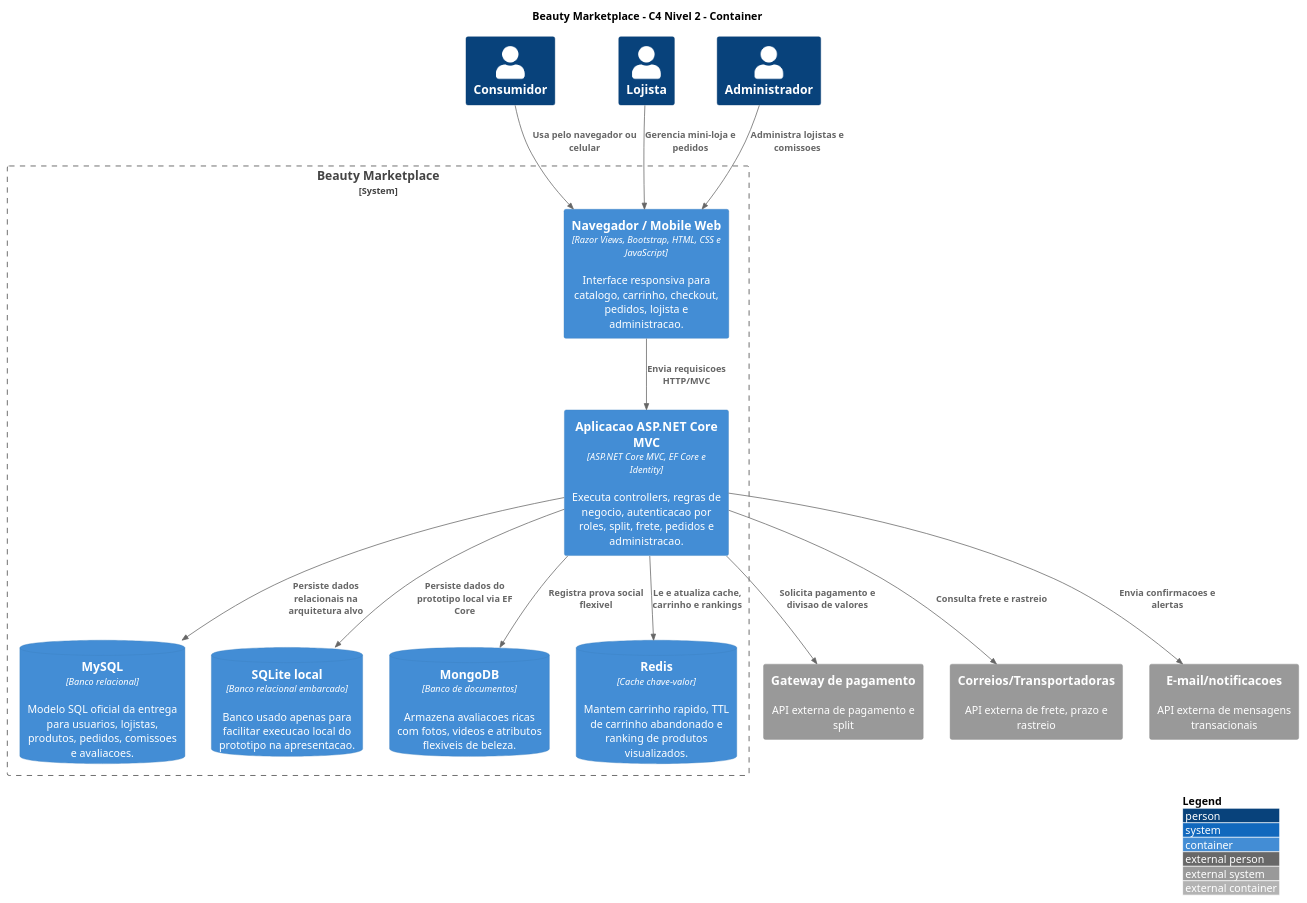
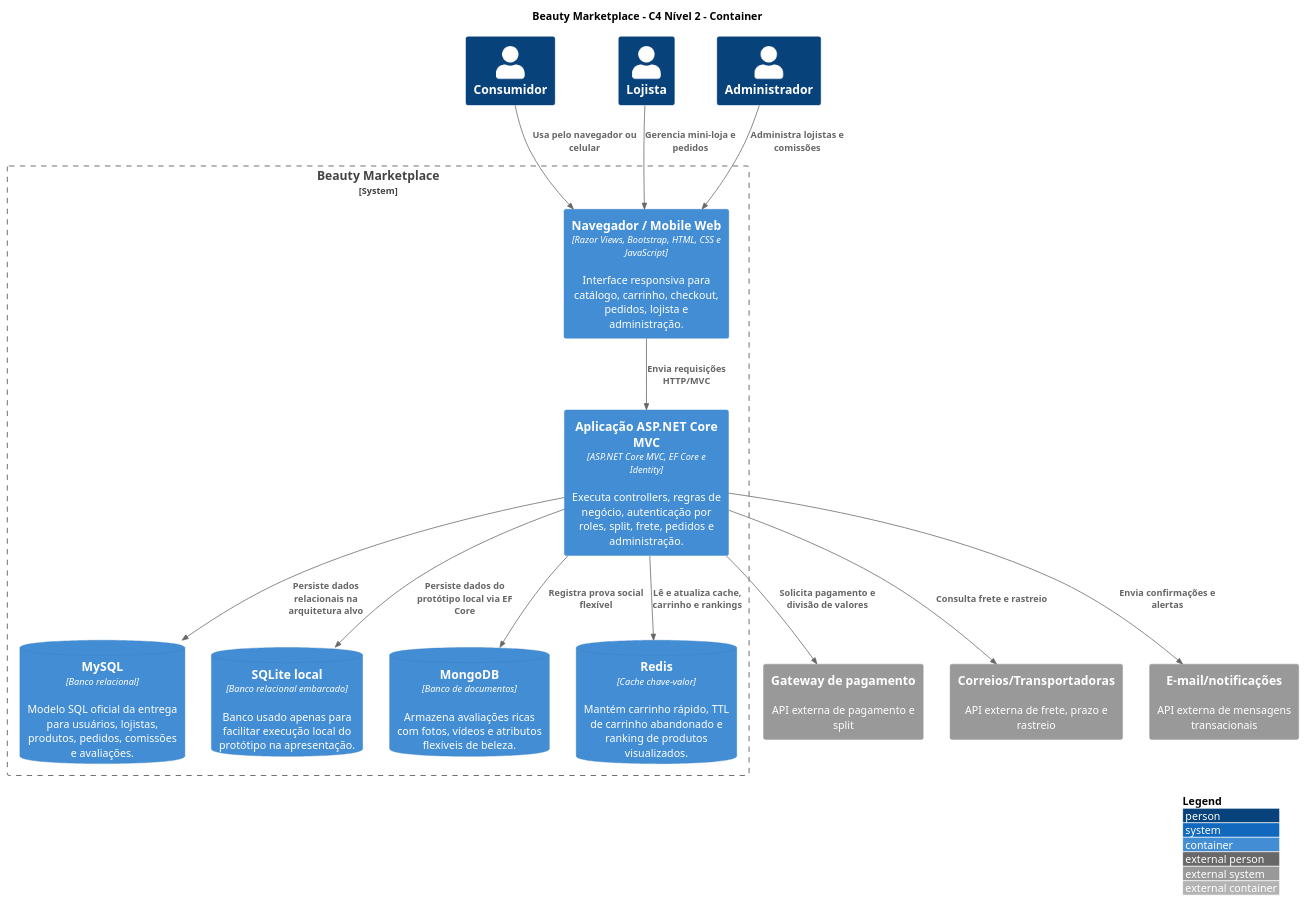
One commit to EduardoSilvaNegreiros/TrabalhoFaculdade5Semestre2026 changed the diagram in docs/Entrega 3/diagramas/c2-container.puml. Above: the diagram before and after it, drawn with PlantUML. The commit also changed other lines of this file and 32 other files, not shown here.

```diff
--- a/docs/Entrega 3/diagramas/c2-container.puml
+++ b/docs/Entrega 3/diagramas/c2-container.puml
@@ -1,38 +1,38 @@
 @startuml C2_Container_Beauty_Marketplace
 !include https://raw.githubusercontent.com/plantuml-stdlib/C4-PlantUML/master/C4_Container.puml
 
 LAYOUT_WITH_LEGEND()
-title Beauty Marketplace - C4 Nivel 2 - Container
+title Beauty Marketplace - C4 Nível 2 - Container
 
 Person(consumidor, "Consumidor")
 Person(lojista, "Lojista")
 Person(admin, "Administrador")
 
 System_Boundary(sistema, "Beauty Marketplace") {
-    Container(web, "Navegador / Mobile Web", "Razor Views, Bootstrap, HTML, CSS e JavaScript", "Interface responsiva para catalogo, carrinho, checkout, pedidos, lojista e administracao.")
-    Container(app, "Aplicacao ASP.NET Core MVC", "ASP.NET Core MVC, EF Core e Identity", "Executa controllers, regras de negocio, autenticacao por roles, split, frete, pedidos e administracao.")
-    ContainerDb(mysql, "MySQL", "Banco relacional", "Modelo SQL oficial da entrega para usuarios, lojistas, produtos, pedidos, comissoes e avaliacoes.")
-    ContainerDb(sqlite, "SQLite local", "Banco relacional embarcado", "Banco usado apenas para facilitar execucao local do prototipo na apresentacao.")
-    ContainerDb(mongo, "MongoDB", "Banco de documentos", "Armazena avaliacoes ricas com fotos, videos e atributos flexiveis de beleza.")
-    ContainerDb(redis, "Redis", "Cache chave-valor", "Mantem carrinho rapido, TTL de carrinho abandonado e ranking de produtos visualizados.")
+    Container(web, "Navegador / Mobile Web", "Razor Views, Bootstrap, HTML, CSS e JavaScript", "Interface responsiva para catálogo, carrinho, checkout, pedidos, lojista e administração.")
+    Container(app, "Aplicação ASP.NET Core MVC", "ASP.NET Core MVC, EF Core e Identity", "Executa controllers, regras de negócio, autenticação por roles, split, frete, pedidos e administração.")
+    ContainerDb(mysql, "MySQL", "Banco relacional", "Modelo SQL oficial da entrega para usuários, lojistas, produtos, pedidos, comissões e avaliações.")
+    ContainerDb(sqlite, "SQLite local", "Banco relacional embarcado", "Banco usado apenas para facilitar execução local do protótipo na apresentação.")
+    ContainerDb(mongo, "MongoDB", "Banco de documentos", "Armazena avaliações ricas com fotos, vídeos e atributos flexíveis de beleza.")
+    ContainerDb(redis, "Redis", "Cache chave-valor", "Mantém carrinho rápido, TTL de carrinho abandonado e ranking de produtos visualizados.")
 }
 
 System_Ext(pgto, "Gateway de pagamento", "API externa de pagamento e split")
 System_Ext(frete, "Correios/Transportadoras", "API externa de frete, prazo e rastreio")
-System_Ext(notif, "E-mail/notificacoes", "API externa de mensagens transacionais")
+System_Ext(notif, "E-mail/notificações", "API externa de mensagens transacionais")
 
 Rel(consumidor, web, "Usa pelo navegador ou celular")
 Rel(lojista, web, "Gerencia mini-loja e pedidos")
-Rel(admin, web, "Administra lojistas e comissoes")
+Rel(admin, web, "Administra lojistas e comissões")
 
-Rel(web, app, "Envia requisicoes HTTP/MVC")
-Rel(app, sqlite, "Persiste dados do prototipo local via EF Core")
+Rel(web, app, "Envia requisições HTTP/MVC")
+Rel(app, sqlite, "Persiste dados do protótipo local via EF Core")
 Rel(app, mysql, "Persiste dados relacionais na arquitetura alvo")
-Rel(app, mongo, "Registra prova social flexivel")
-Rel(app, redis, "Le e atualiza cache, carrinho e rankings")
+Rel(app, mongo, "Registra prova social flexível")
+Rel(app, redis, "Lê e atualiza cache, carrinho e rankings")
 
-Rel(app, pgto, "Solicita pagamento e divisao de valores")
+Rel(app, pgto, "Solicita pagamento e divisão de valores")
 Rel(app, frete, "Consulta frete e rastreio")
-Rel(app, notif, "Envia confirmacoes e alertas")
+Rel(app, notif, "Envia confirmações e alertas")
 
 @enduml
```
